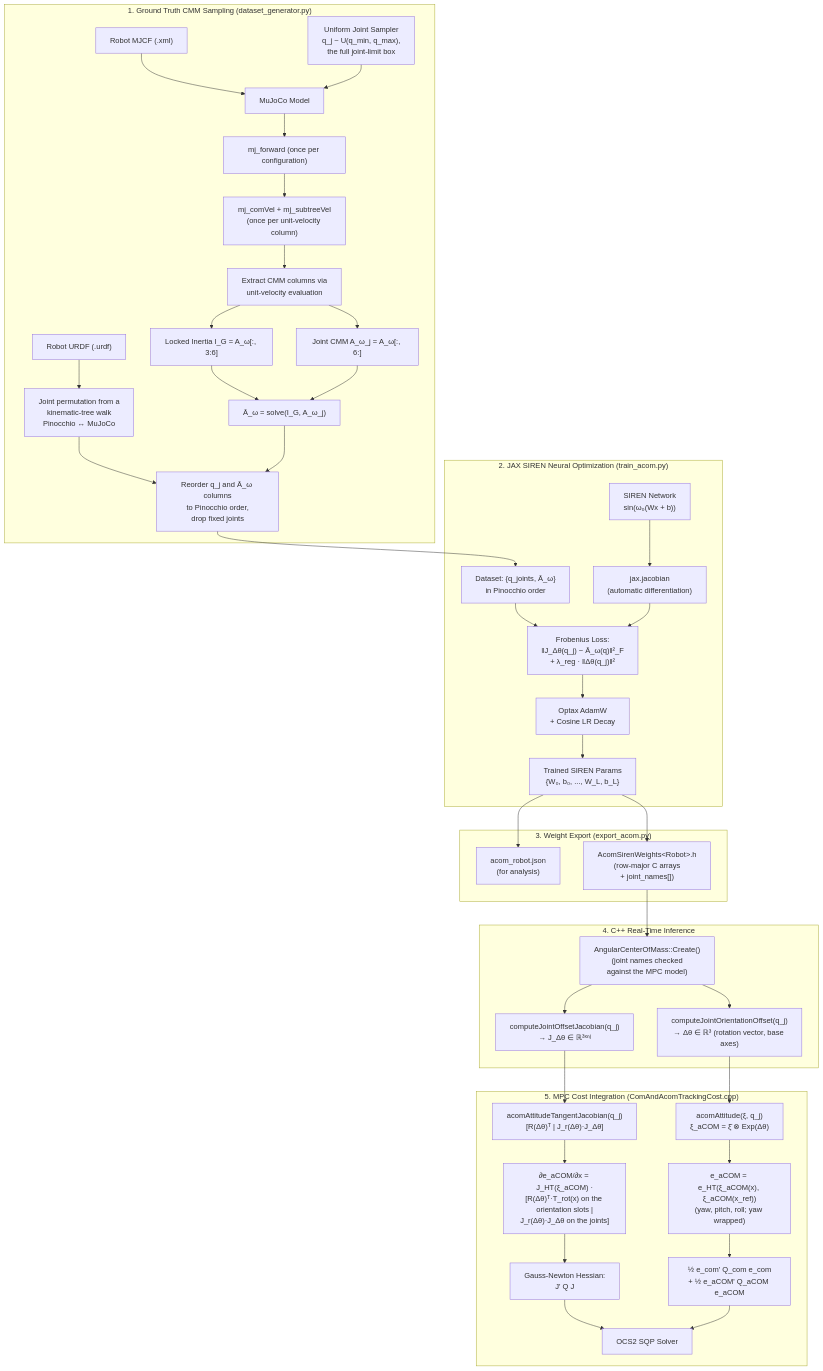
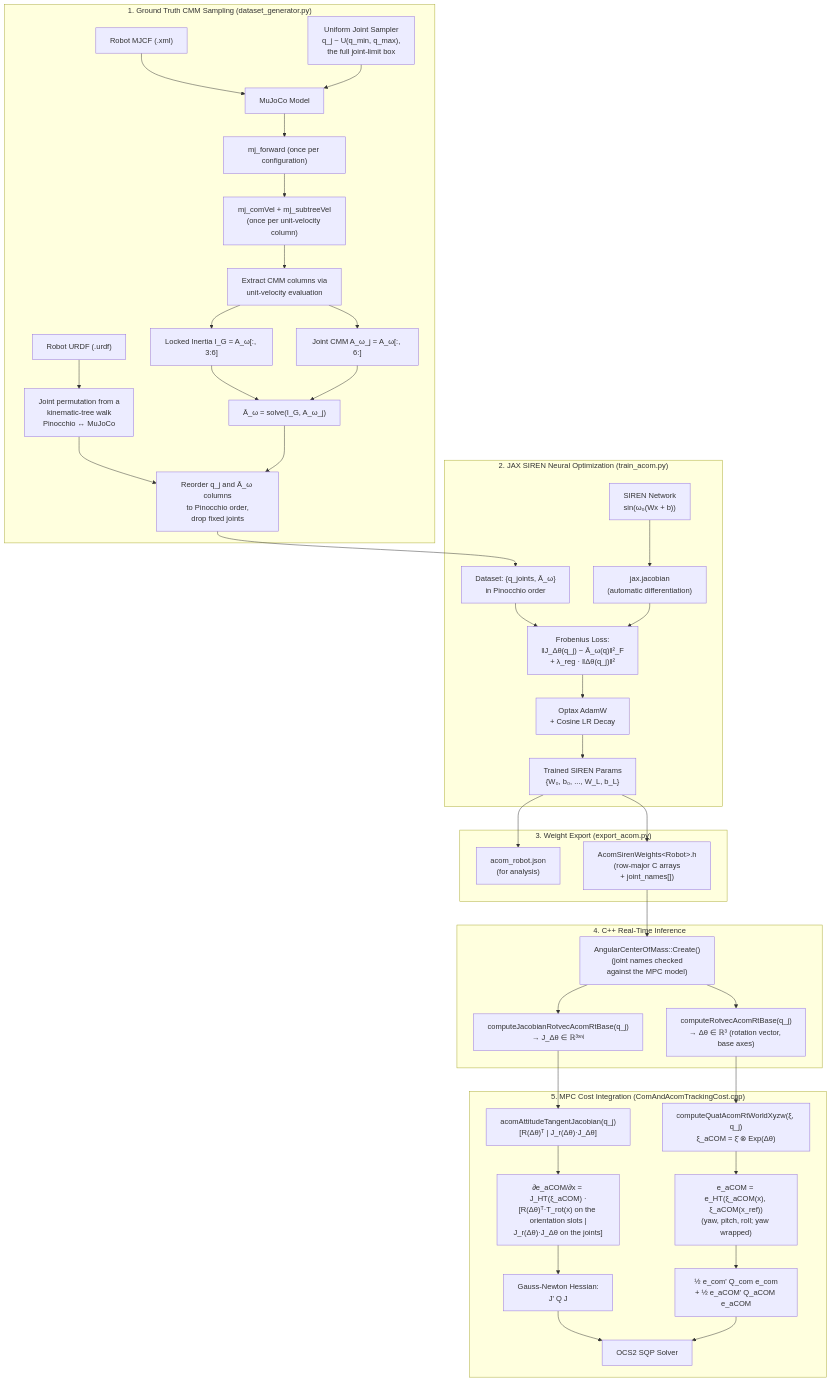
Before and after one commit to nicholaspalomo/wb_humanoid_mpc: the first of 3 diagrams in humanoid_learning/acom/README.md, drawn with Mermaid. The commit also changed other lines of this file and 1241 other files, not shown here.

````diff
--- a/humanoid_learning/acom/README.md
+++ b/humanoid_learning/acom/README.md
@@ -104,48 +104,48 @@
 ```mermaid
 flowchart TD
     subgraph DataGeneration ["1. Ground Truth CMM Sampling (dataset_generator.py)"]
         XML["Robot MJCF (.xml)"] --> MjModel["MuJoCo Model"]
         URDF["Robot URDF (.urdf)"] --> Perm["Joint permutation from a<br/>kinematic-tree walk<br/>Pinocchio ↔ MuJoCo"]
         Sampler["Uniform Joint Sampler<br/>q_j ~ U(q_min, q_max),<br/>the full joint-limit box"] --> MjModel
         MjModel --> MjFwd["mj_forward (once per configuration)"]
         MjFwd --> MjVel["mj_comVel + mj_subtreeVel<br/>(once per unit-velocity column)"]
         MjVel --> CMM["Extract CMM columns via<br/>unit-velocity evaluation"]
         CMM --> IG["Locked Inertia I_G = A_ω[:, 3:6]"]
         CMM --> Aomega["Joint CMM A_ω_j = A_ω[:, 6:]"]
         IG --> ABar["Ā_ω = solve(I_G, A_ω_j)"]
         Aomega --> ABar
         Perm --> Reorder["Reorder q_j and Ā_ω columns<br/>to Pinocchio order,<br/>drop fixed joints"]
         ABar --> Reorder
     end
 
     subgraph JAXTraining ["2. JAX SIREN Neural Optimization (train_acom.py)"]
         Reorder --> Dataset["Dataset: {q_joints, Ā_ω}<br/>in Pinocchio order"]
         Dataset --> Loss["Frobenius Loss:<br/>‖J_Δθ(q_j) − Ā_ω(q)‖²_F<br/>+ λ_reg · ‖Δθ(q_j)‖²"]
         SIREN["SIREN Network<br/>sin(ω₀(Wx + b))"] --> JacAD["jax.jacobian<br/>(automatic differentiation)"]
         JacAD --> Loss
         Loss --> Optax["Optax AdamW<br/>+ Cosine LR Decay"]
         Optax --> Params["Trained SIREN Params<br/>{W₀, b₀, ..., W_L, b_L}"]
     end
 
     subgraph Export ["3. Weight Export (export_acom.py)"]
         Params --> JSON["acom_robot.json<br/>(for analysis)"]
         Params --> Header["AcomSirenWeights&lt;Robot&gt;.h<br/>(row-major C arrays<br/>+ joint_names[])"]
     end
 
     subgraph CppInference ["4. C++ Real-Time Inference"]
         Header --> StaticLoad["AngularCenterOfMass::Create()<br/>(joint names checked<br/>against the MPC model)"]
-        StaticLoad --> Forward["computeJointOrientationOffset(q_j)<br/>→ Δθ ∈ ℝ³ (rotation vector, base axes)"]
-        StaticLoad --> ChainRule["computeJointOffsetJacobian(q_j)<br/>→ J_Δθ ∈ ℝ³ˣⁿʲ"]
+        StaticLoad --> Forward["computeRotvecAcomRtBase(q_j)<br/>→ Δθ ∈ ℝ³ (rotation vector, base axes)"]
+        StaticLoad --> ChainRule["computeJacobianRotvecAcomRtBase(q_j)<br/>→ J_Δθ ∈ ℝ³ˣⁿʲ"]
     end
 
     subgraph MPCIntegration ["5. MPC Cost Integration (ComAndAcomTrackingCost.cpp)"]
-        Forward --> Attitude["acomAttitude(ξ, q_j)<br/>ξ_aCOM = ξ̂ ⊗ Exp(Δθ)"]
+        Forward --> Attitude["computeQuatAcomRtWorldXyzw(ξ, q_j)<br/>ξ_aCOM = ξ̂ ⊗ Exp(Δθ)"]
         ChainRule --> Tangent["acomAttitudeTangentJacobian(q_j)<br/>[R(Δθ)ᵀ | J_r(Δθ)·J_Δθ]"]
         Attitude --> ThetaErr["e_aCOM = e_HT(ξ_aCOM(x), ξ_aCOM(x_ref))<br/>(yaw, pitch, roll; yaw wrapped)"]
         Tangent --> JacFull["∂e_aCOM/∂x = J_HT(ξ_aCOM) ·<br/>[R(Δθ)ᵀ·T_rot(x) on the orientation slots |<br/>J_r(Δθ)·J_Δθ on the joints]"]
         ThetaErr --> Cost["½ e_com' Q_com e_com<br/>+ ½ e_aCOM' Q_aCOM e_aCOM"]
         JacFull --> GaussNewton["Gauss-Newton Hessian:<br/>J' Q J"]
         GaussNewton --> SQP["OCS2 SQP Solver"]
         Cost --> SQP
     end
 ```
````
